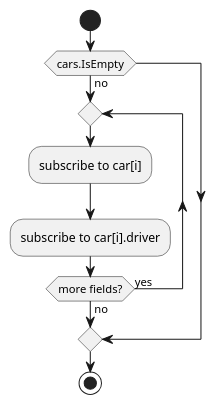
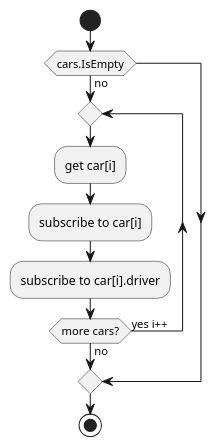
Before and after one commit to uhrinandor/spring: the diagram in docs/prototype/subscribeToCars.plantuml, drawn with PlantUML. The commit also changed 2 other files, not shown here.

```diff
--- a/docs/prototype/subscribeToCars.plantuml
+++ b/docs/prototype/subscribeToCars.plantuml
@@ -1,10 +1,11 @@
 @startuml
 start
 if(cars.IsEmpty) then (no)
     repeat
+    :get car[i];
     :subscribe to car[i];
     :subscribe to car[i].driver;
-repeat while (more fields?) is (yes) not (no)
+repeat while (more cars?) is (yes i++) not (no)
 endif
 stop
 @enduml
```
